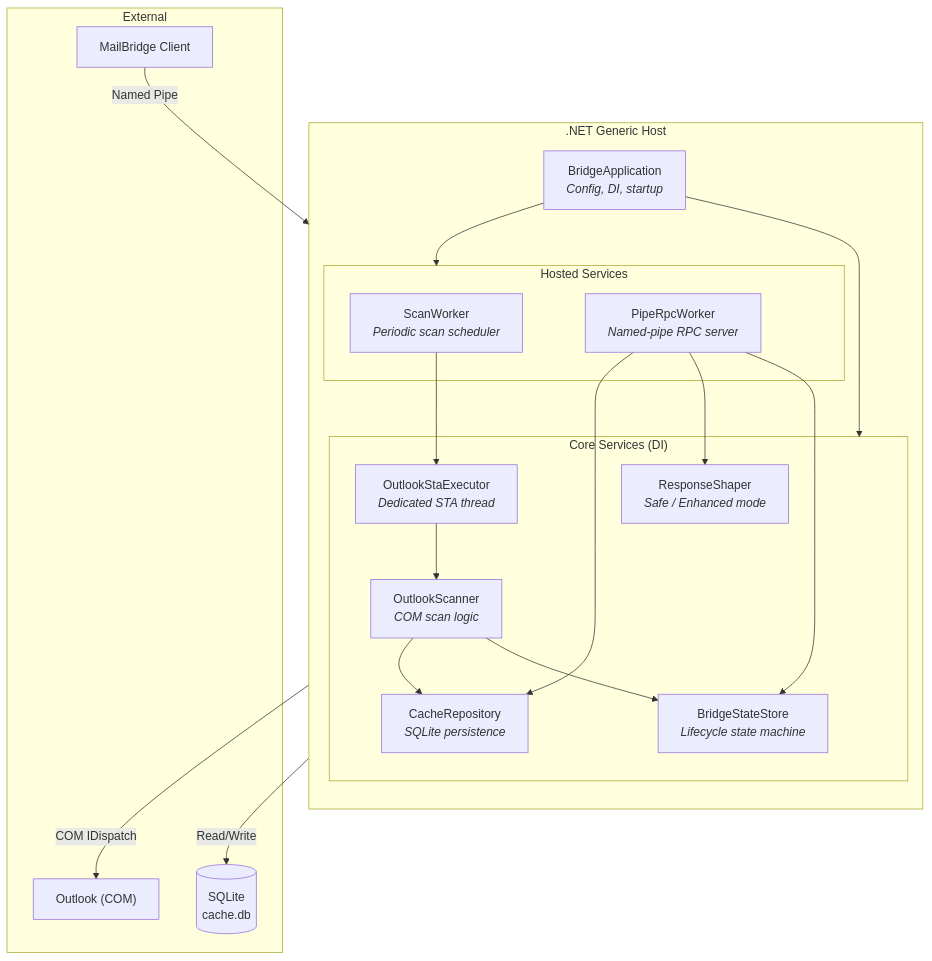
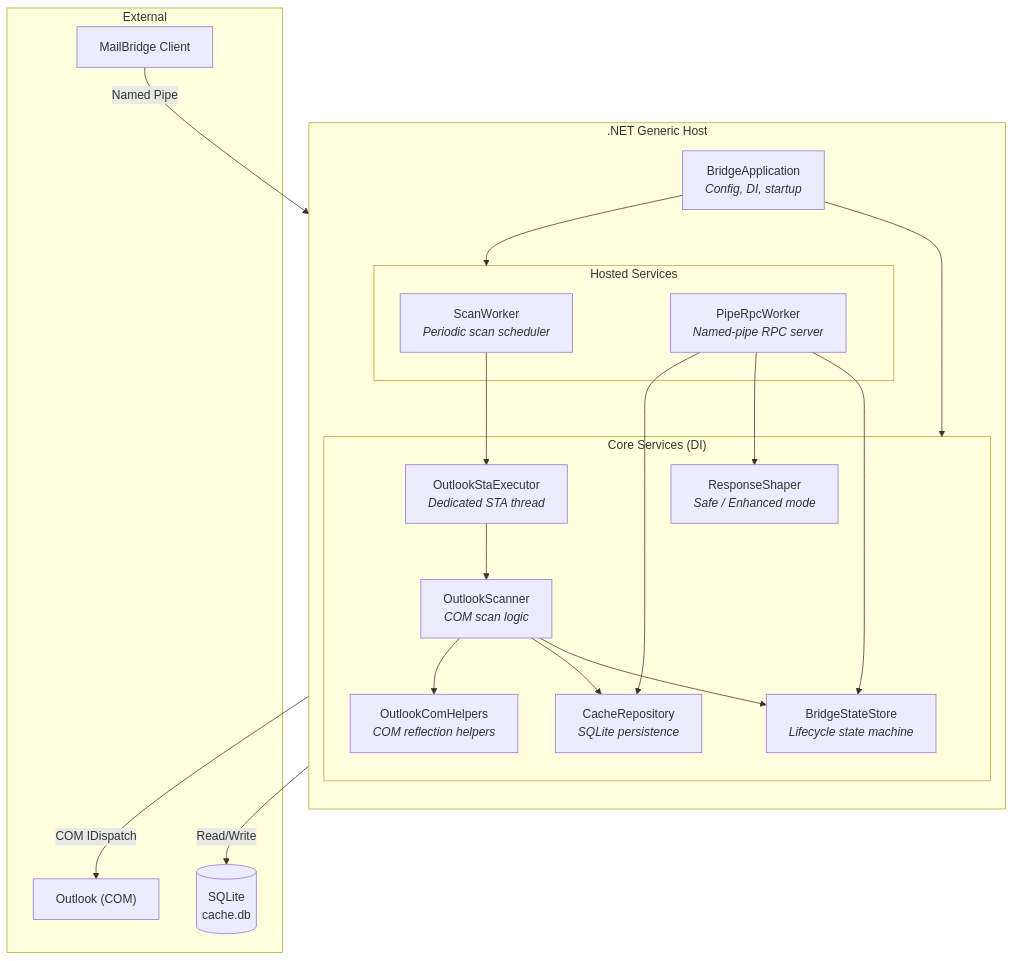
Before and after one commit to drmoisan/open-claw-bridge: the second of 8 diagrams in docs/architecture-diagrams.md, drawn with Mermaid. The commit also changed other lines of this file and 45 other files, not shown here.

````diff
--- a/docs/architecture-diagrams.md
+++ b/docs/architecture-diagrams.md
@@ -20,40 +20,42 @@
 ```mermaid
 graph TB
     subgraph Host["".NET Generic Host""]
         direction TB
         BA["BridgeApplication<br/><i>Config, DI, startup</i>"]
 
         subgraph Workers["Hosted Services"]
             SW["ScanWorker<br/><i>Periodic scan scheduler</i>"]
             PRW["PipeRpcWorker<br/><i>Named-pipe RPC server</i>"]
         end
 
         subgraph Core["Core Services (DI)"]
             BSS["BridgeStateStore<br/><i>Lifecycle state machine</i>"]
             OS["OutlookScanner<br/><i>COM scan logic</i>"]
+            OCH["OutlookComHelpers<br/><i>COM reflection helpers</i>"]
             STA["OutlookStaExecutor<br/><i>Dedicated STA thread</i>"]
             CR["CacheRepository<br/><i>SQLite persistence</i>"]
             RS["ResponseShaper<br/><i>Safe / Enhanced mode</i>"]
         end
 
         BA --> Workers
         BA --> Core
         SW --> STA
         STA --> OS
+        OS --> OCH
         OS --> CR
         OS --> BSS
         PRW --> CR
         PRW --> RS
         PRW --> BSS
     end
 
     subgraph External
         OL["Outlook (COM)"]
         DB[("SQLite<br/>cache.db")]
         CLI["MailBridge Client"]
     end
 
     OS -- "COM IDispatch" --> OL
     CR -- "Read/Write" --> DB
     CLI -- "Named Pipe" --> PRW
 ```
````
